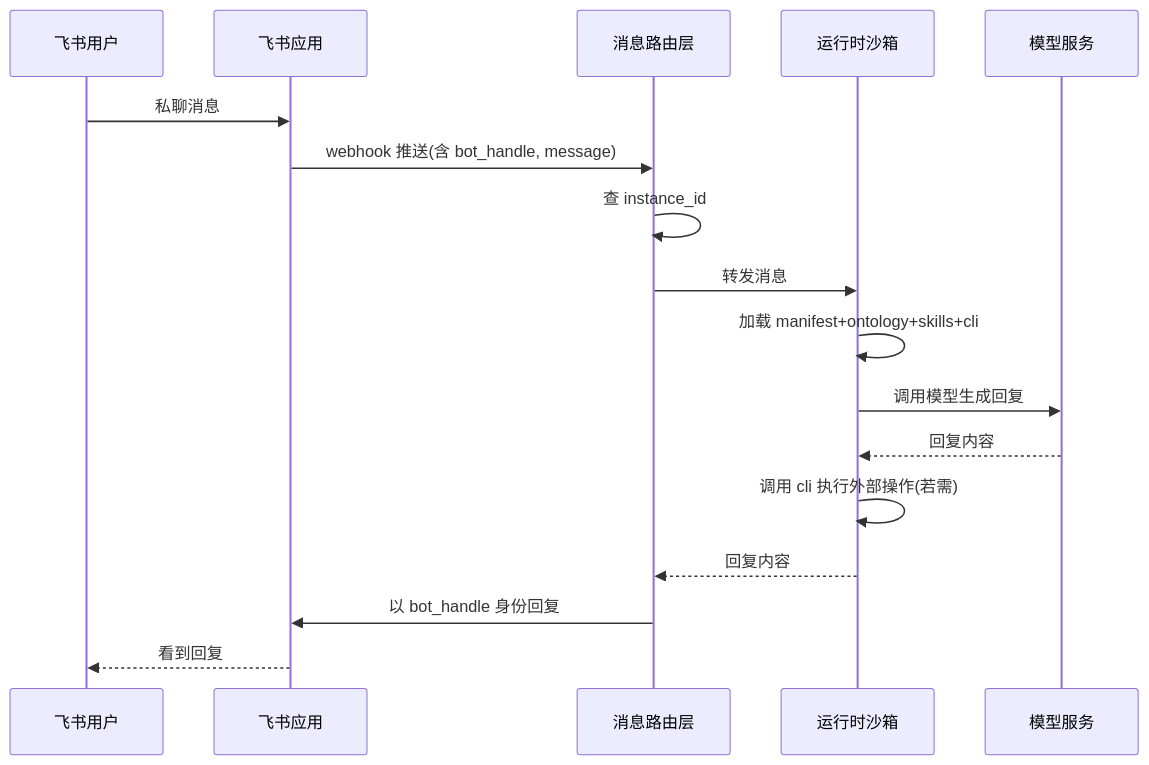
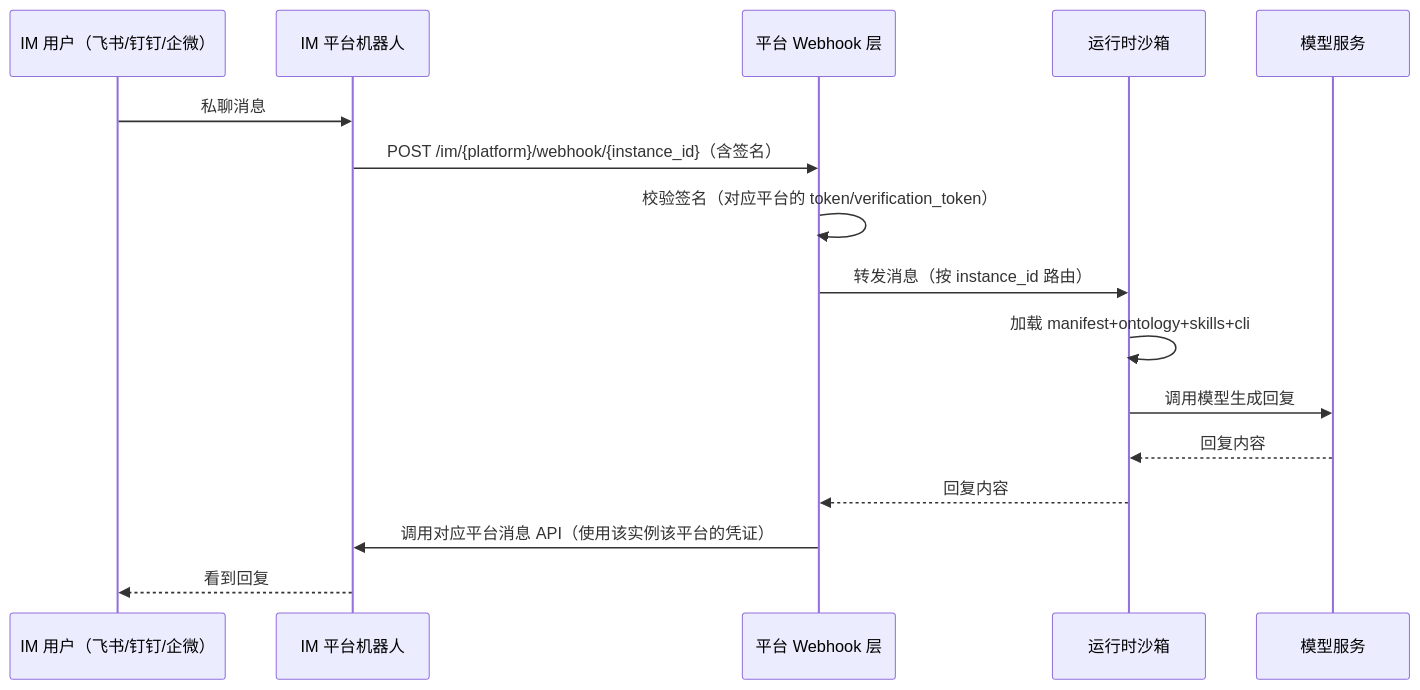
One commit to wayyet/hirebot-web changed the seventh of 10 diagrams in 02-0 雇佣端完整需求规格说明书.md. Above: the diagram before and after it, drawn with Mermaid. The commit also changed other lines of this file and 18 other files, not shown here.

````diff
--- a/02-0 雇佣端完整需求规格说明书.md
+++ b/02-0 雇佣端完整需求规格说明书.md
@@ -579,20 +687,19 @@
 ```mermaid
 sequenceDiagram
-    participant User as 飞书用户
-    participant Feishu as 飞书应用
-    participant Router as 消息路由层
+    participant User as IM 用户（飞书/钉钉/企微）
+    participant IMPlatform as IM 平台机器人
+    participant Platform as 平台 Webhook 层
     participant Sandbox as 运行时沙箱
     participant LLM as 模型服务
-    
-    User->>Feishu: 私聊消息
-    Feishu->>Router: webhook 推送(含 bot_handle, message)
-    Router->>Router: 查 instance_id
-    Router->>Sandbox: 转发消息
+
+    User->>IMPlatform: 私聊消息
+    IMPlatform->>Platform: POST /im/{platform}/webhook/{instance_id}（含签名）
+    Platform->>Platform: 校验签名（对应平台的 token/verification_token）
+    Platform->>Sandbox: 转发消息（按 instance_id 路由）
     Sandbox->>Sandbox: 加载 manifest+ontology+skills+cli
     Sandbox->>LLM: 调用模型生成回复
     LLM-->>Sandbox: 回复内容
-    Sandbox->>Sandbox: 调用 cli 执行外部操作(若需)
-    Sandbox-->>Router: 回复内容
-    Router->>Feishu: 以 bot_handle 身份回复
-    Feishu-->>User: 看到回复
+    Sandbox-->>Platform: 回复内容
+    Platform->>IMPlatform: 调用对应平台消息 API（使用该实例该平台的凭证）
+    IMPlatform-->>User: 看到回复
 ```
````
